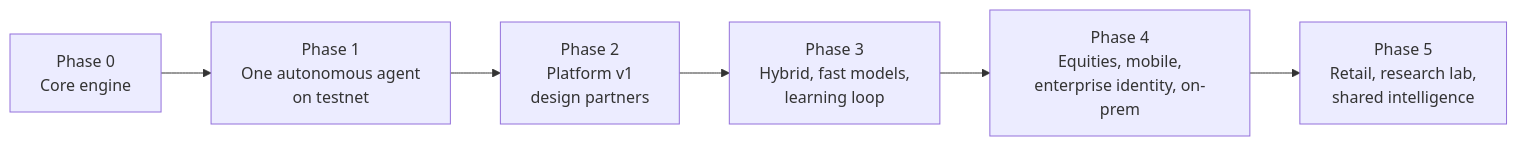
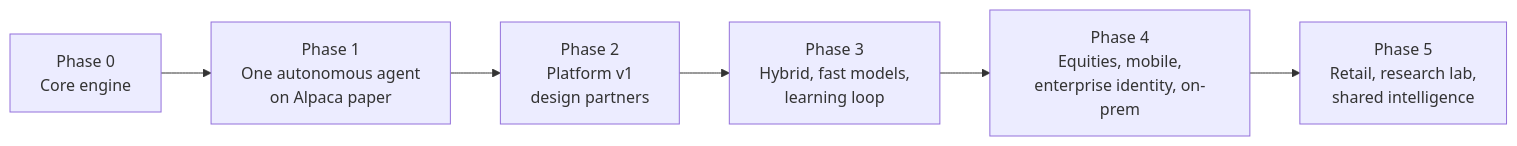
The diagram in docs/product/05-roadmap.md (kunwarshivam/mandate), drawn with Mermaid before and after one commit. The commit also changed other lines of this file and 15 other files, not shown here.

````diff
--- a/docs/product/05-roadmap.md
+++ b/docs/product/05-roadmap.md
@@ -11,8 +11,8 @@
 ```mermaid
 flowchart LR
-    P0["Phase 0<br/>Core engine"] --> P1["Phase 1<br/>One autonomous agent<br/>on testnet"]
+    P0["Phase 0<br/>Core engine"] --> P1["Phase 1<br/>One autonomous agent<br/>on Alpaca paper"]
     P1 --> P2["Phase 2<br/>Platform v1<br/>design partners"]
     P2 --> P3["Phase 3<br/>Hybrid, fast models,<br/>learning loop"]
     P3 --> P4["Phase 4<br/>Equities, mobile,<br/>enterprise identity, on-prem"]
     P4 --> P5["Phase 5<br/>Retail, research lab,<br/>shared intelligence"]
 ```
````
